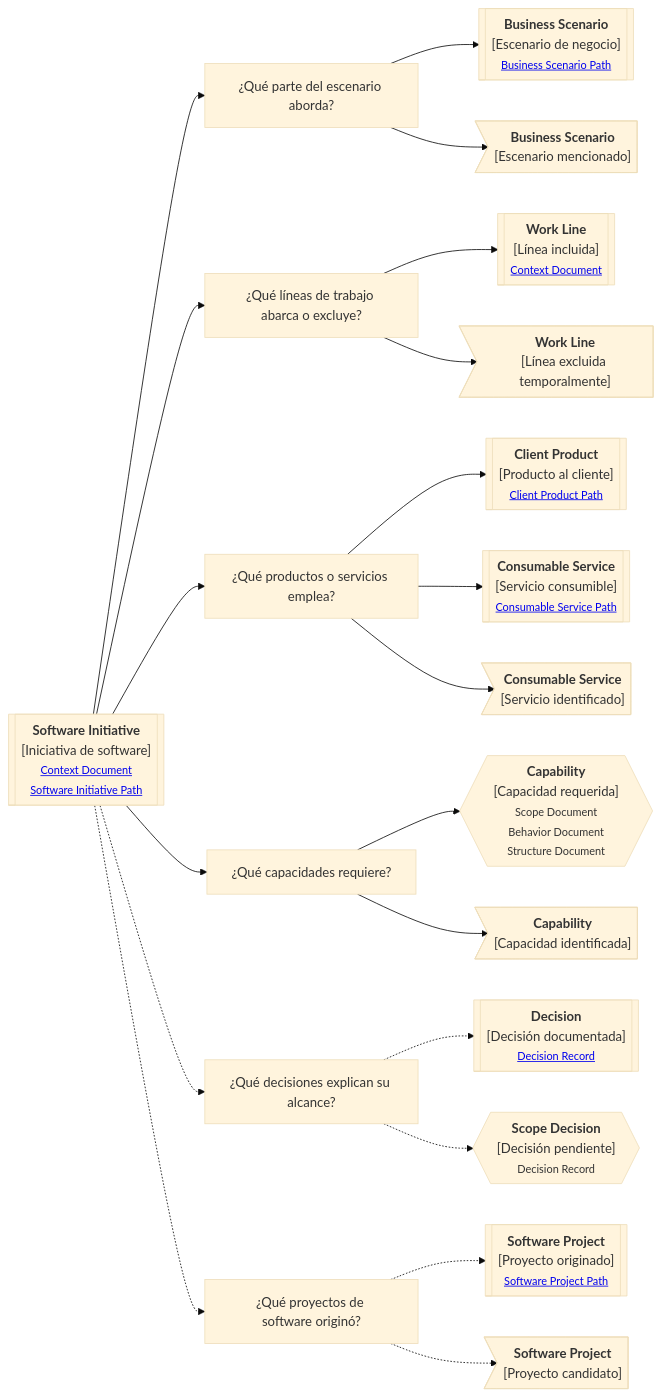
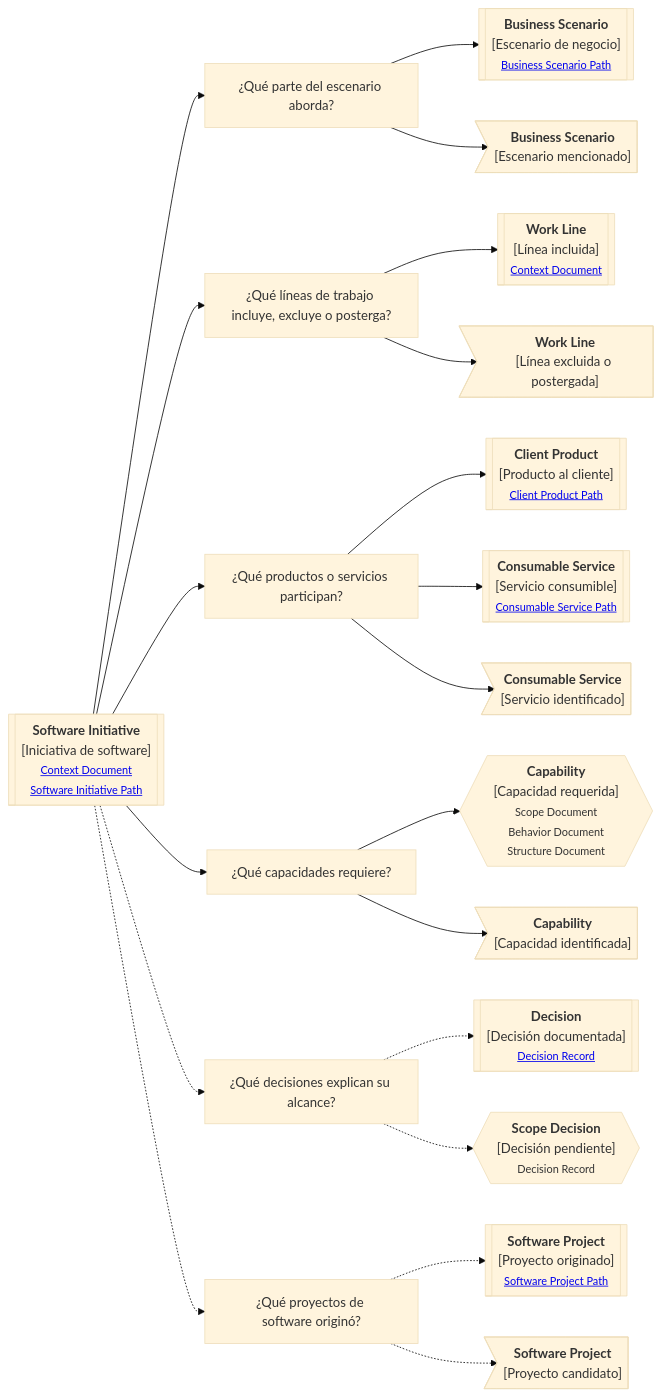
The diagram in docs/es/alive-lab/research/notes/docs-standard/artifacts/continuity-paths/core/software-initiative.md (vslices/docs), drawn with Mermaid (base theme) before and after one commit. The commit also changed other lines of this file and 10 other files, not shown here.

````diff
--- a/docs/es/alive-lab/research/notes/docs-standard/artifacts/continuity-paths/core/software-initiative.md
+++ b/docs/es/alive-lab/research/notes/docs-standard/artifacts/continuity-paths/core/software-initiative.md
@@ -53,48 +39,30 @@
 ```mermaid
 flowchart LR
     A[["<b>Software Initiative</b><br/>[Iniciativa de software]<br/><small><a href='link'>Context Document</a><br/><a href='link'>Software Initiative Path</a></small>"]]
 
-    P1["¿Qué parte del escenario aborda?"]
-    P2["¿Qué líneas de trabajo abarca o excluye?"]
-    P3["¿Qué productos o servicios emplea?"]
-    P4["¿Qué capacidades requiere?"]
-    P5["¿Qué decisiones explican su alcance?"]
-    P6["¿Qué proyectos de software originó?"]
+    A --> P1["¿Qué parte del escenario aborda?"]
+    A --> P2["¿Qué líneas de trabajo incluye, excluye o posterga?"]
+    A --> P3["¿Qué productos o servicios participan?"]
+    A --> P4["¿Qué capacidades requiere?"]
+    A -.-> P5["¿Qué decisiones explican su alcance?"]
+    A -.-> P6["¿Qué proyectos de software originó?"]
 
-    BS1[["<b>Business Scenario</b><br/>[Escenario de negocio]<br/><small><a href='link'>Business Scenario Path</a></small>"]]
-    BS2>"<b>Business Scenario</b><br/>[Escenario mencionado]"]
+    P1 --> BS1[["<b>Business Scenario</b><br/>[Escenario de negocio]<br/><small><a href='link'>Business Scenario Path</a></small>"]]
+    P1 --> BS2>"<b>Business Scenario</b><br/>[Escenario mencionado]"]
 
-    WL1[["<b>Work Line</b><br/>[Línea incluida]<br/><small><a href='link'>Context Document</a></small>"]]
-    WL2>"<b>Work Line</b><br/>[Línea excluida temporalmente]"]
+    P2 --> WL1[["<b>Work Line</b><br/>[Línea incluida]<br/><small><a href='link'>Context Document</a></small>"]]
+    P2 --> WL2>"<b>Work Line</b><br/>[Línea excluida o postergada]"]
 
-    CP1[["<b>Client Product</b><br/>[Producto al cliente]<br/><small><a href='link'>Client Product Path</a></small>"]]
-    CS1[["<b>Consumable Service</b><br/>[Servicio consumible]<br/><small><a href='link'>Consumable Service Path</a></small>"]]
-    CS2>"<b>Consumable Service</b><br/>[Servicio identificado]"]
+    P3 --> CP1[["<b>Client Product</b><br/>[Producto al cliente]<br/><small><a href='link'>Client Product Path</a></small>"]]
+    P3 --> CS1[["<b>Consumable Service</b><br/>[Servicio consumible]<br/><small><a href='link'>Consumable Service Path</a></small>"]]
+    P3 --> CS2>"<b>Consumable Service</b><br/>[Servicio identificado]"]
 
-    C1{{"<b>Capability</b><br/>[Capacidad requerida]<br/><small>Scope Document<br/>Behavior Document<br/>Structure Document</small>"}}
-    C2>"<b>Capability</b><br/>[Capacidad identificada]"]
+    P4 --> C1{{"<b>Capability</b><br/>[Capacidad requerida]<br/><small>Scope Document<br/>Behavior Document<br/>Structure Document</small>"}}
+    P4 --> C2>"<b>Capability</b><br/>[Capacidad identificada]"]
 
-    D1[["<b>Decision</b><br/>[Decisión documentada]<br/><small><a href='link'>Decision Record</a></small>"]]
-    D2{{"<b>Scope Decision</b><br/>[Decisión pendiente]<br/><small>Decision Record</small>"}}
+    P5 -.-> D1[["<b>Decision</b><br/>[Decisión documentada]<br/><small><a href='link'>Decision Record</a></small>"]]
+    P5 -.-> D2{{"<b>Scope Decision</b><br/>[Decisión pendiente]<br/><small>Decision Record</small>"}}
 
-    SP1[["<b>Software Project</b><br/>[Proyecto originado]<br/><small><a href='link'>Software Project Path</a></small>"]]
-    SP2>"<b>Software Project</b><br/>[Proyecto candidato]"]
-
-    A --> P1
-    P1 --> BS1 & BS2
-
-    A --> P2
-    P2 --> WL1 & WL2
-
-    A --> P3
-    P3 --> CP1 & CS1 & CS2
-
-    A --> P4
-    P4 --> C1 & C2
-
-    A -.-> P5
-    P5 -.-> D1 & D2
-
-    A -.-> P6
-    P6 -.-> SP1 & SP2
+    P6 -.-> SP1[["<b>Software Project</b><br/>[Proyecto originado]<br/><small><a href='link'>Software Project Path</a></small>"]]
+    P6 -.-> SP2>"<b>Software Project</b><br/>[Proyecto candidato]"]
 ```
````
